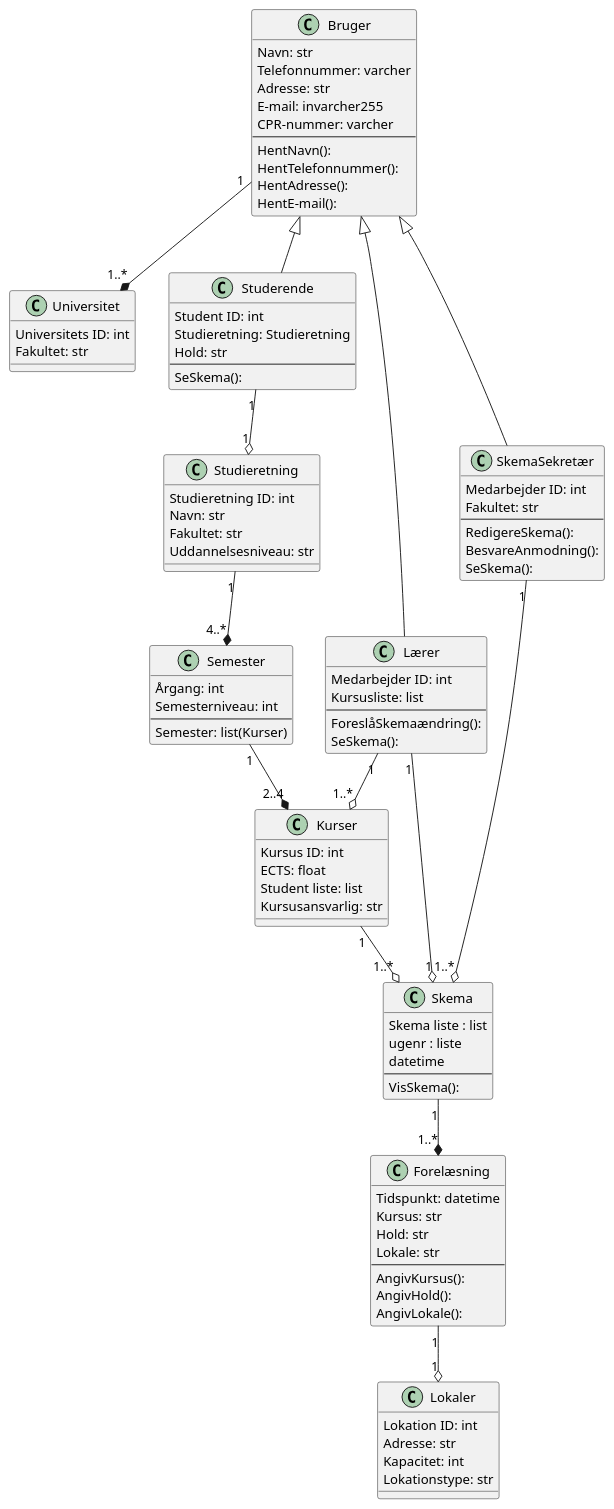
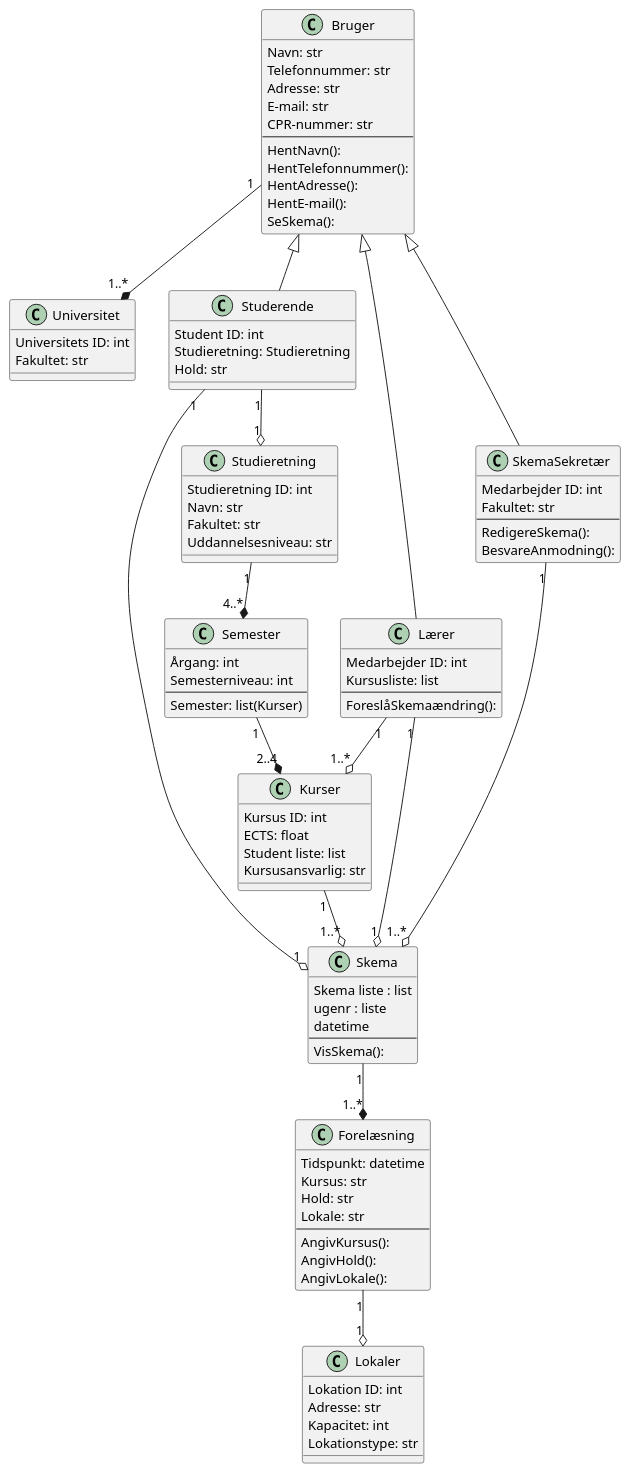
One commit to MadsSchroder/Systemudvikling-Eksamen-KU changed the diagram in Diagrams/ClassDiagram udkast 2.puml. Above: the diagram before and after it, drawn with PlantUML. The commit also changed 2 other files, not shown here.

```diff
--- a/Diagrams/ClassDiagram udkast 2.puml
+++ b/Diagrams/ClassDiagram udkast 2.puml
@@ -1,97 +1,95 @@
 @startuml
 
 Bruger"1" --* "1..*" Universitet
 Bruger <|-- Studerende
 Bruger <|-- Lærer
 Bruger <|-- SkemaSekretær
 Studerende"1" --o "1" Studieretning
 Studieretning"1" --* "4..*" Semester
 Semester"1" --* "2..4" Kurser
 Lærer"1" --o "1..*" Kurser
 Kurser"1" --o "1..*" Skema
 SkemaSekretær"1" --o "1..*" Skema
 Lærer"1" --o "1" Skema
 Skema"1" --* "1..*" Forelæsning
 Forelæsning"1" --o "1" Lokaler
+Studerende "1" --o "1" Skema
 
 class Bruger{
     Navn: str
-    Telefonnummer: varcher
+    Telefonnummer: str
     Adresse: str
-    E-mail: invarcher255
-    CPR-nummer: varcher
+    E-mail: str
+    CPR-nummer: str
     --
     HentNavn():
     HentTelefonnummer():
     HentAdresse():
     HentE-mail():
+    SeSkema():
     }
 class Studerende{
     Student ID: int
     Studieretning: Studieretning
     Hold: str
-    --
-    SeSkema():
     }
 class SkemaSekretær{
     Medarbejder ID: int
     Fakultet: str
     --
     RedigereSkema():
     BesvareAnmodning():
-    SeSkema():
     }
 class Universitet{
     Universitets ID: int
     Fakultet: str
     }
 class Lærer{
     Medarbejder ID: int
     Kursusliste: list
     --
     ForeslåSkemaændring():
-    SeSkema():
     }
 class Lokaler{
     Lokation ID: int
     Adresse: str
     Kapacitet: int
     Lokationstype: str
     }
 class Kurser{
     Kursus ID: int
     ECTS: float
     Student liste: list
     Kursusansvarlig: str
     }
 class Skema{
     Skema liste : list
     ugenr : liste
     datetime
     --
     VisSkema():
     }
 class Forelæsning{
     Tidspunkt: datetime
     Kursus: str
     Hold: str
     Lokale: str
     --
     AngivKursus():
     AngivHold():
     AngivLokale():
     }
 class Semester{
     Årgang: int
     Semesterniveau: int
     --
     Semester: list(Kurser)
     }
 class Studieretning{
     Studieretning ID: int
     Navn: str
     Fakultet: str
     Uddannelsesniveau: str
     }
 
 @enduml
```
